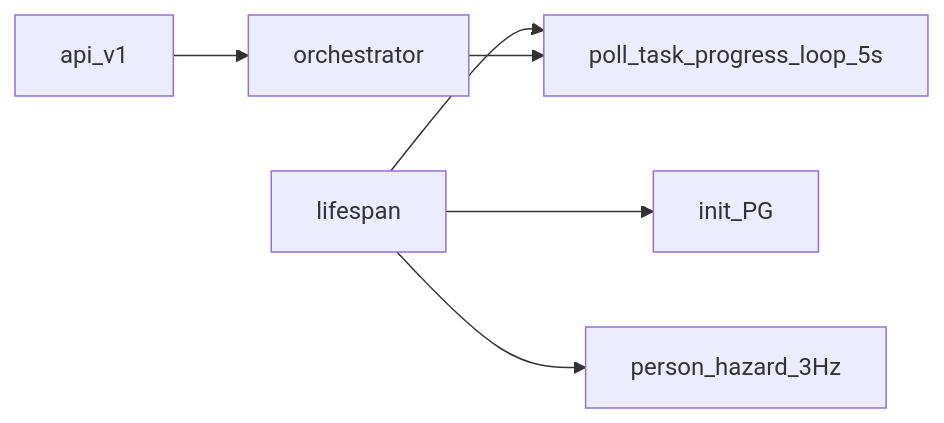
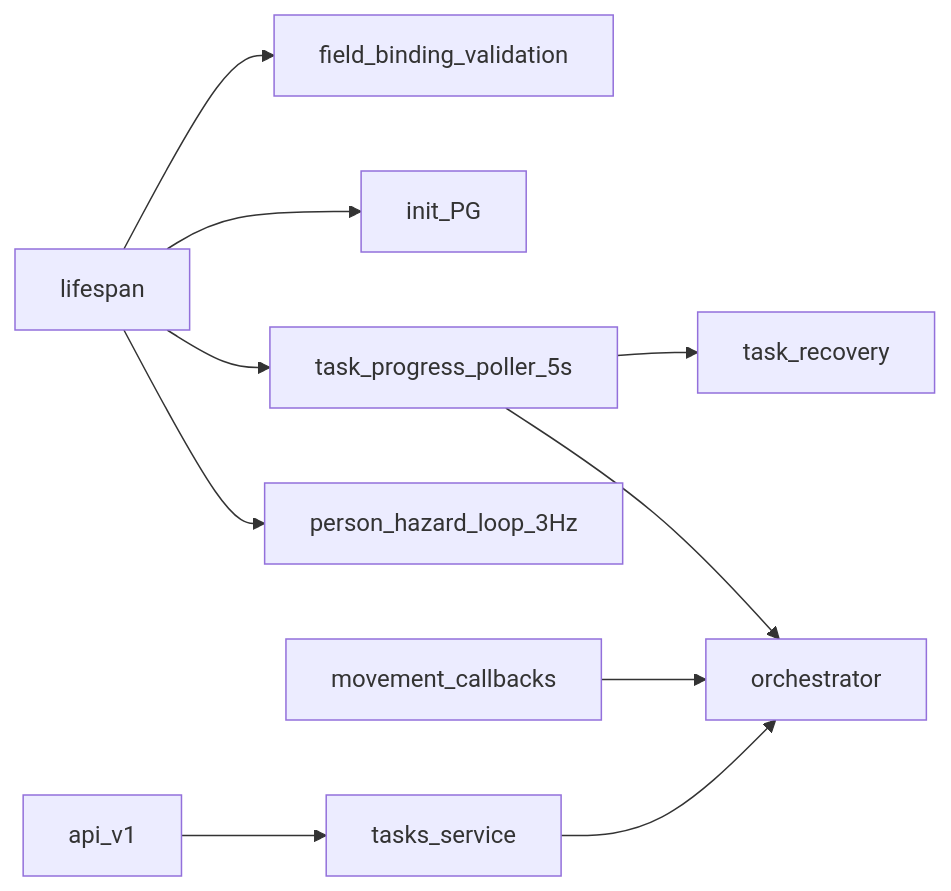
The second of 3 diagrams in main-server/docs/architecture/BACKEND.md (eduwing-robotics/ros2-ai-amr-repo3), drawn with Mermaid before and after one commit. The commit also changed other lines of this file and 74 other files, not shown here.

````diff
--- a/main-server/docs/architecture/BACKEND.md
+++ b/main-server/docs/architecture/BACKEND.md
@@ -30,8 +30,12 @@
 ```mermaid
 flowchart LR
-  Boot[lifespan] --> InitDB[init_PG]
-  Boot --> Sweep[poll_task_progress_loop_5s]
-  Boot --> Hazard[person_hazard_3Hz]
-  API[api_v1] --> Orch[orchestrator]
-  Orch --> Sweep
+  Boot[lifespan] --> Bindings[field_binding_validation]
+  Boot --> InitDB[init_PG]
+  Boot --> Poller[task_progress_poller_5s]
+  Boot --> Hazard[person_hazard_loop_3Hz]
+  API[api_v1] --> Tasks[tasks_service]
+  Tasks --> Orch[orchestrator]
+  Callback[movement_callbacks] --> Orch
+  Poller --> Orch
+  Poller --> Recovery[task_recovery]
 ```
````
